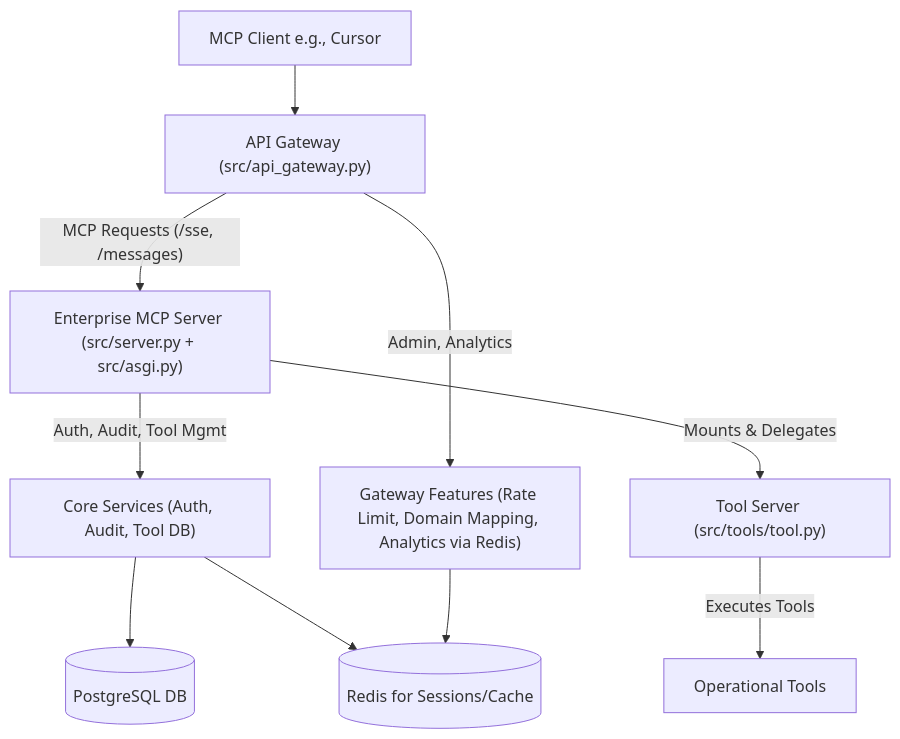
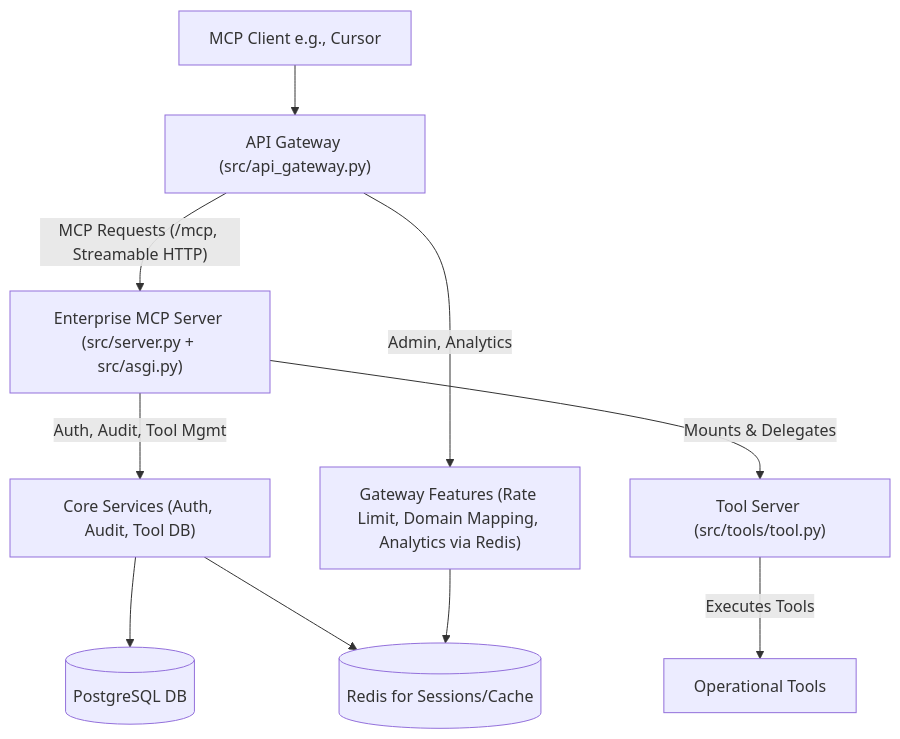
Before and after one commit to nonagenticai/enterprise_mcp_server: the diagram in README.md, drawn with Mermaid. The commit also changed other lines of this file and 8 other files, not shown here.

````diff
--- a/README.md
+++ b/README.md
@@ -20,12 +20,12 @@
 ```mermaid
 graph TD
     Client["MCP Client e.g., Cursor"] --> APIGateway["API Gateway (src/api_gateway.py)"];
-    APIGateway -->|"MCP Requests (/sse, /messages)"| EnterpriseMCPServer["Enterprise MCP Server (src/server.py + src/asgi.py)"];
+    APIGateway -->|"MCP Requests (/mcp, Streamable HTTP)"| EnterpriseMCPServer["Enterprise MCP Server (src/server.py + src/asgi.py)"];
     APIGateway -->|"Admin, Analytics"| APIGatewayFeatures["Gateway Features (Rate Limit, Domain Mapping, Analytics via Redis)"];
     EnterpriseMCPServer -->|"Auth, Audit, Tool Mgmt"| EnterpriseFeatures["Core Services (Auth, Audit, Tool DB)"];
     EnterpriseMCPServer -->|"Mounts & Delegates"| ToolServerInstance["Tool Server (src/tools/tool.py)"];
     EnterpriseFeatures --> DB[(PostgreSQL DB)];
     EnterpriseFeatures --> RedisCache[(Redis for Sessions/Cache)];
     APIGatewayFeatures --> RedisCache;
     ToolServerInstance -->|"Executes Tools"| ActualTools["Operational Tools"];
 ```
````
